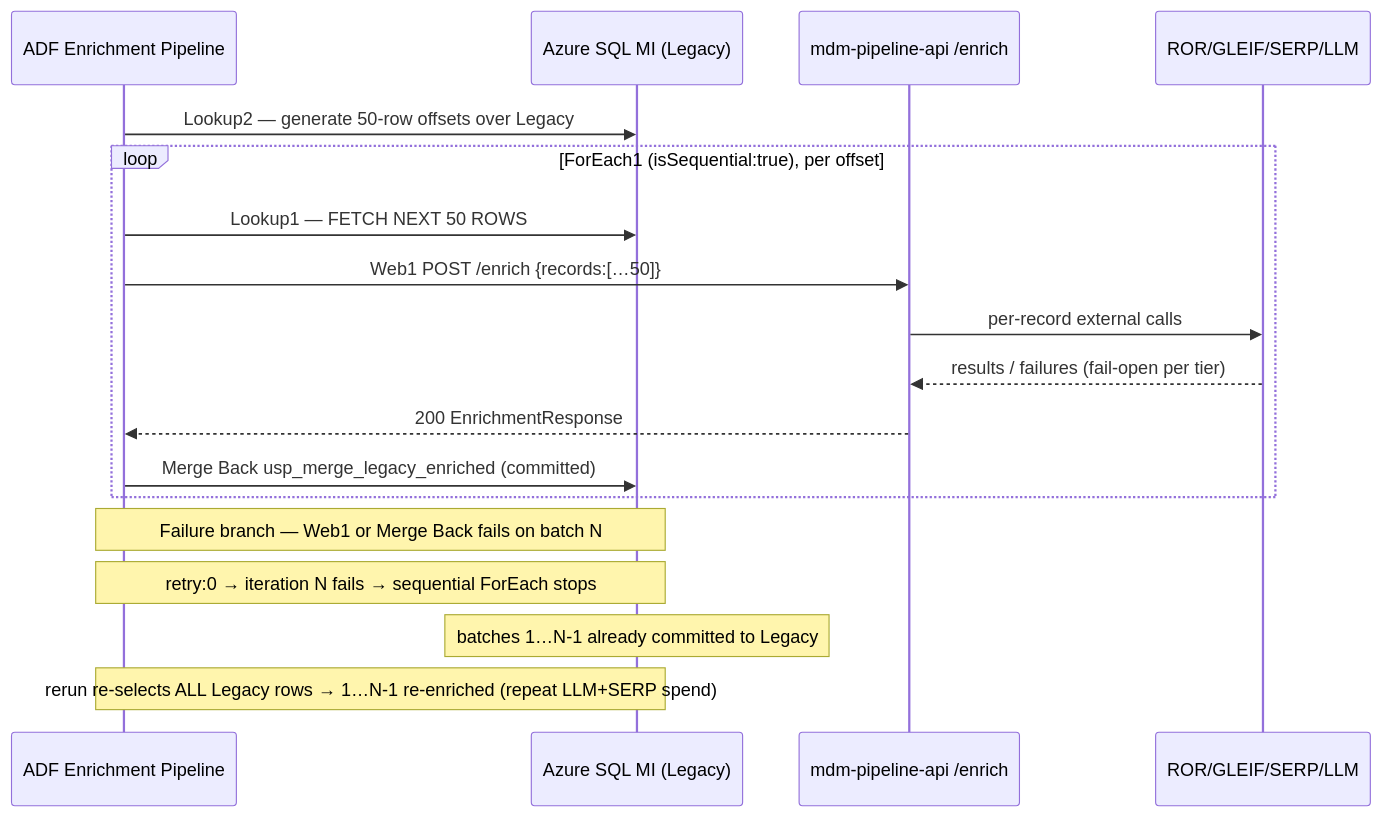
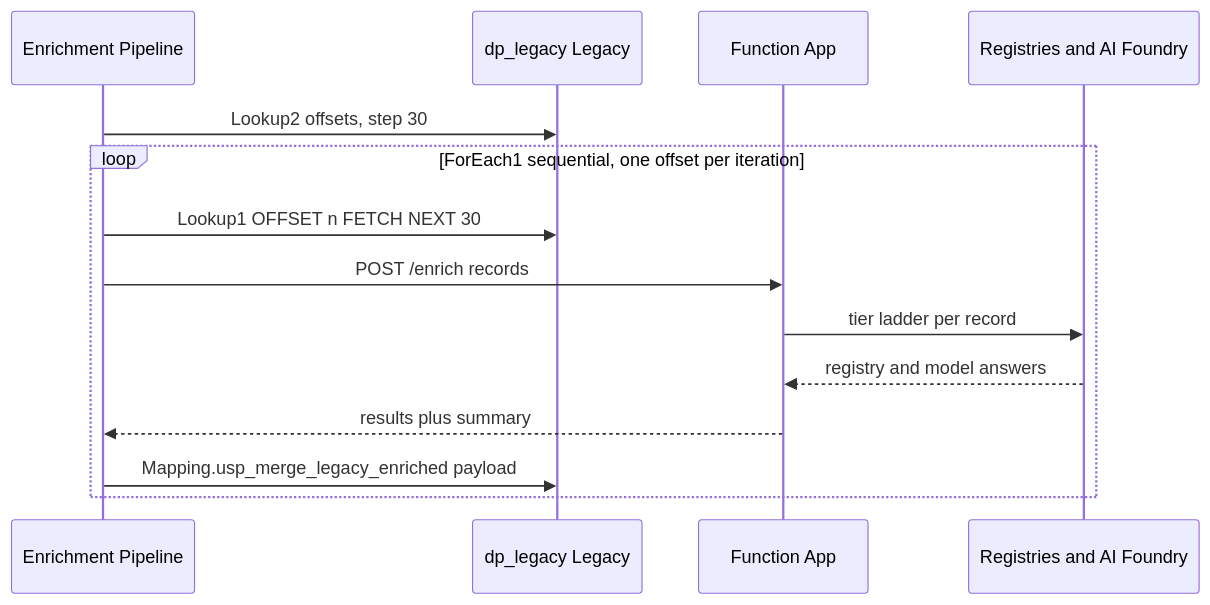
One commit to apoorva1717/Intelligent-MDM-Pipeline changed the third of 7 diagrams in docs/thesis/02_ARCHITECTURE.md. Above: the diagram before and after it, drawn with Mermaid. The commit also changed other lines of this file and 58 other files, not shown here.

````diff
--- a/docs/thesis/02_ARCHITECTURE.md
+++ b/docs/thesis/02_ARCHITECTURE.md
@@ -197,20 +224,16 @@
 ```mermaid
 sequenceDiagram
-    participant ADF as ADF Enrichment Pipeline
-    participant MI as Azure SQL MI (Legacy)
-    participant API as mdm-pipeline-api /enrich
-    participant EXT as ROR/GLEIF/SERP/LLM
-    ADF->>MI: Lookup2 — generate 50-row offsets over Legacy
-    loop ForEach1 (isSequential:true), per offset
-        ADF->>MI: Lookup1 — FETCH NEXT 50 ROWS
-        ADF->>API: Web1 POST /enrich {records:[…50]}
-        API->>EXT: per-record external calls
-        EXT-->>API: results / failures (fail-open per tier)
-        API-->>ADF: 200 EnrichmentResponse
-        ADF->>MI: Merge Back usp_merge_legacy_enriched (committed)
+    participant ADF as Enrichment Pipeline
+    participant SQL as dp_legacy Legacy
+    participant API as Function App
+    participant EXT as Registries and AI Foundry
+    ADF->>SQL: Lookup2 offsets, step 30
+    loop ForEach1 sequential, one offset per iteration
+        ADF->>SQL: Lookup1 OFFSET n FETCH NEXT 30
+        ADF->>API: POST /enrich records
+        API->>EXT: tier ladder per record
+        EXT-->>API: registry and model answers
+        API-->>ADF: results plus summary
+        ADF->>SQL: Mapping.usp_merge_legacy_enriched payload
     end
-    Note over ADF,MI: Failure branch — Web1 or Merge Back fails on batch N
-    Note over ADF,MI: retry:0 → iteration N fails → sequential ForEach stops
-    Note over MI: batches 1…N-1 already committed to Legacy
-    Note over ADF,MI: rerun re-selects ALL Legacy rows → 1…N-1 re-enriched (repeat LLM+SERP spend)
 ```
````
